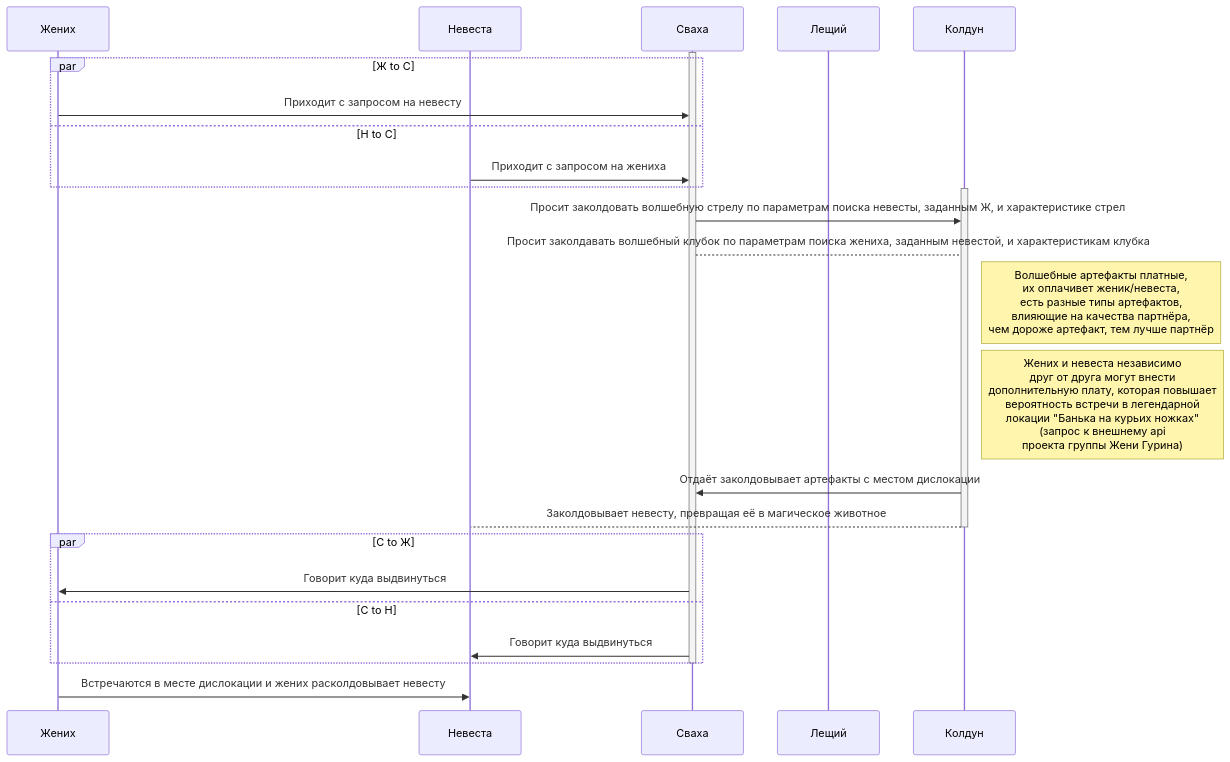
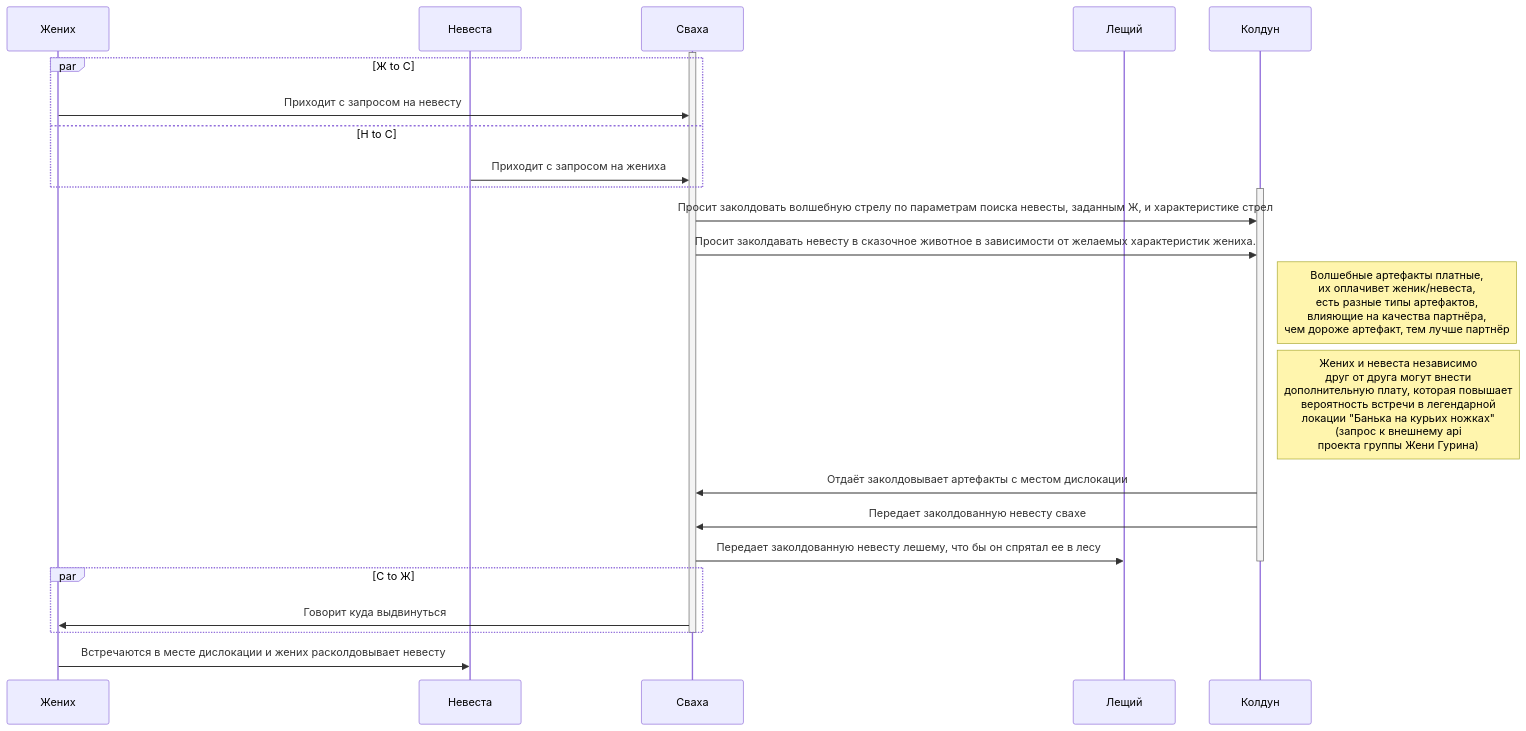
The diagram in lab0-18.02.23/draft.md (testpassword/Software-engineering-methodology), drawn with Mermaid before and after one commit.

Commit message:
Update draft.md
refactor: add action with 'leshiy', fix some troubles

````diff
--- a/lab0-18.02.23/draft.md
+++ b/lab0-18.02.23/draft.md
@@ -12,29 +12,28 @@
 ```mermaid
 sequenceDiagram
     participant Ж as Жених
     participant Н as Невеста
     participant С as Сваха
     participant Л as Лещий
     participant К as Колдун
     activate С
     par Ж to С
         Ж->>С: Приходит с запросом на невесту
     and Н to С
         Н->>С: Приходит с запросом на жениха
     end
     activate К
     С->>К: Просит заколдовать волшебную стрелу по параметрам поиска невесты, заданным Ж, и характеристике стрел
-    С --> К: Просит заколдавать волшебный клубок по параметрам поиска жениха, заданным невестой, и характеристикам клубка
+    С ->> К: Просит заколдавать невесту в сказочное животное в зависимости от желаемых характеристик жениха.
     note right of К: Волшебные артефакты платные, <br> их оплачивет женик/невеста, <br> есть разные типы артефактов, <br> влияющие на качества партнёра, <br> чем дороже артефакт, тем лучше партнёр
     note right of К: Жених и невеста независимо <br> друг от друга могут внести <br> дополнительную плату, которая повышает <br> вероятность встречи в легендарной <br> локации "Банька на курьих ножках" <br> (запрос к внешнему api <br> проекта группы Жени Гурина)
     К->>С: Отдаёт заколдовывает артефакты с местом дислокации
-    К-->Н: Заколдовывает невесту, превращая её в магическое животное
+    К->>С: Передает заколдованную невесту свахе
+    С->>Л: Передает заколдованную невесту лешему, что бы он спрятал ее в лесу
     deactivate К
     par С to Ж
         С->>Ж: Говорит куда выдвинуться
-    and С to Н
-        С->>Н: Говорит куда выдвинуться
     end
     deactivate С
     Ж->>Н: Встречаются в месте дислокации и жених расколдовывает невесту
 ```
````
